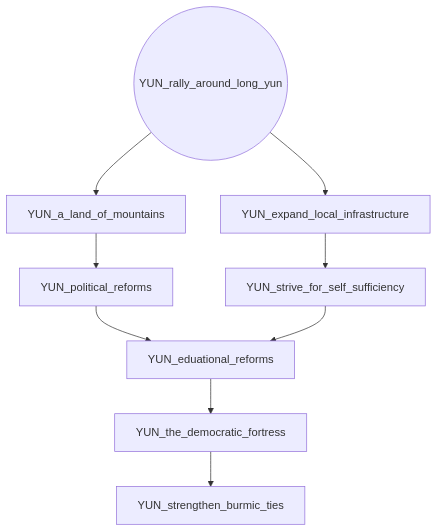
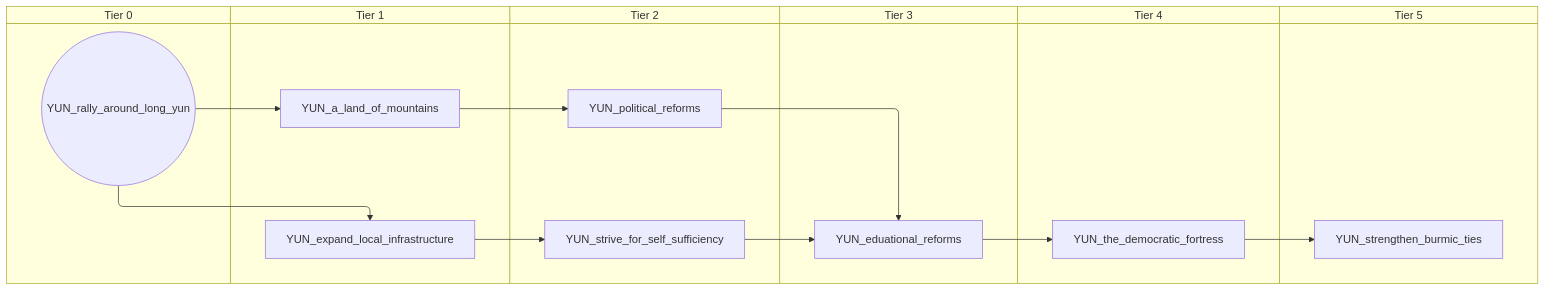
Before and after one commit to evgeny-sobol/hoi4-sandbox-mode: diagram 13 of 13 in docs/gdd/National Focuses/china_warlord_sea.md, drawn with Mermaid. The commit also changed other lines of this file and 80 other files, not shown here.

First line of the commit message:
Add swimlane mode to focus graph exporter

````diff
--- a/docs/gdd/National Focuses/china_warlord_sea.md
+++ b/docs/gdd/National Focuses/china_warlord_sea.md
@@ -488,19 +614,31 @@
 ```mermaid
-flowchart TD
-    n148["YUN_a_land_of_mountains"]
-    n149["YUN_eduational_reforms"]
-    n150["YUN_expand_local_infrastructure"]
-    n151["YUN_political_reforms"]
-    n152(("YUN_rally_around_long_yun"))
-    n153["YUN_strengthen_burmic_ties"]
-    n154["YUN_strive_for_self_sufficiency"]
-    n155["YUN_the_democratic_fortress"]
-    n152 --> n148
-    n151 --> n149
-    n154 --> n149
-    n152 --> n150
-    n148 --> n151
-    n155 --> n153
-    n150 --> n154
-    n149 --> n155
+swimlane-beta TD
+    subgraph tier_0["Tier 0"]
+        n148(("YUN_rally_around_long_yun"))
+    end
+    subgraph tier_1["Tier 1"]
+        n149["YUN_a_land_of_mountains"]
+        n150["YUN_expand_local_infrastructure"]
+    end
+    subgraph tier_2["Tier 2"]
+        n151["YUN_political_reforms"]
+        n152["YUN_strive_for_self_sufficiency"]
+    end
+    subgraph tier_3["Tier 3"]
+        n153["YUN_eduational_reforms"]
+    end
+    subgraph tier_4["Tier 4"]
+        n154["YUN_the_democratic_fortress"]
+    end
+    subgraph tier_5["Tier 5"]
+        n155["YUN_strengthen_burmic_ties"]
+    end
+    n148 --> n149
+    n151 --> n153
+    n152 --> n153
+    n148 --> n150
+    n149 --> n151
+    n154 --> n155
+    n150 --> n152
+    n153 --> n154
 ```
````
